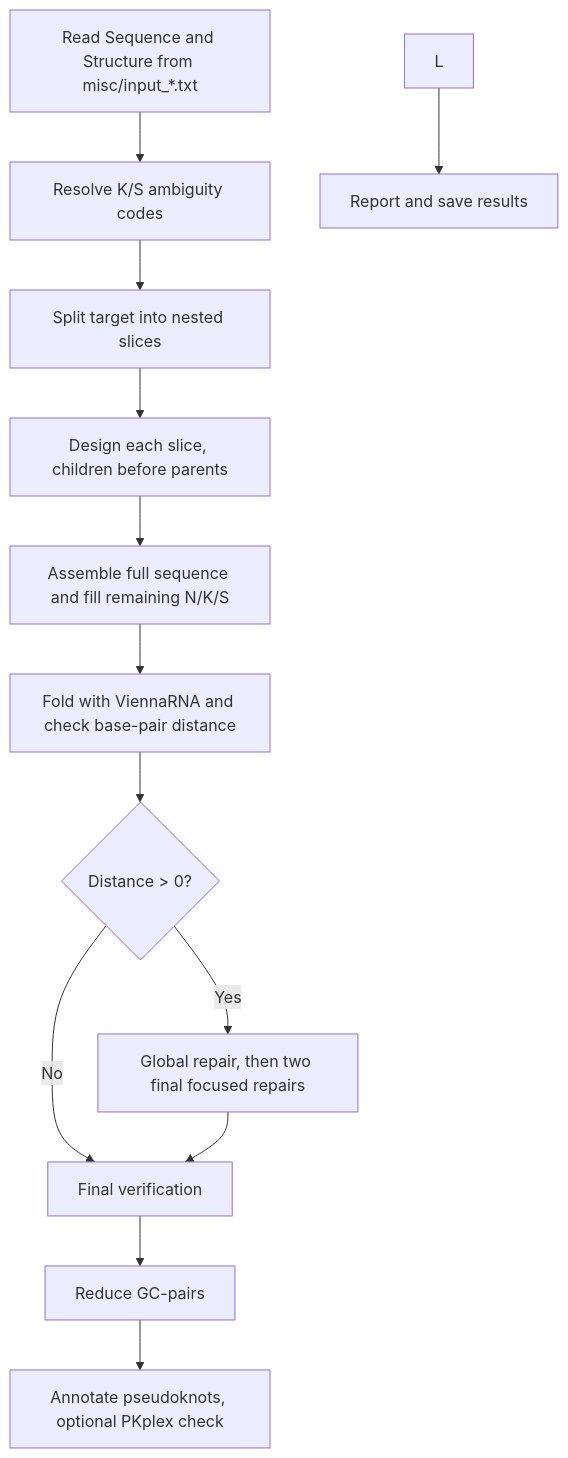
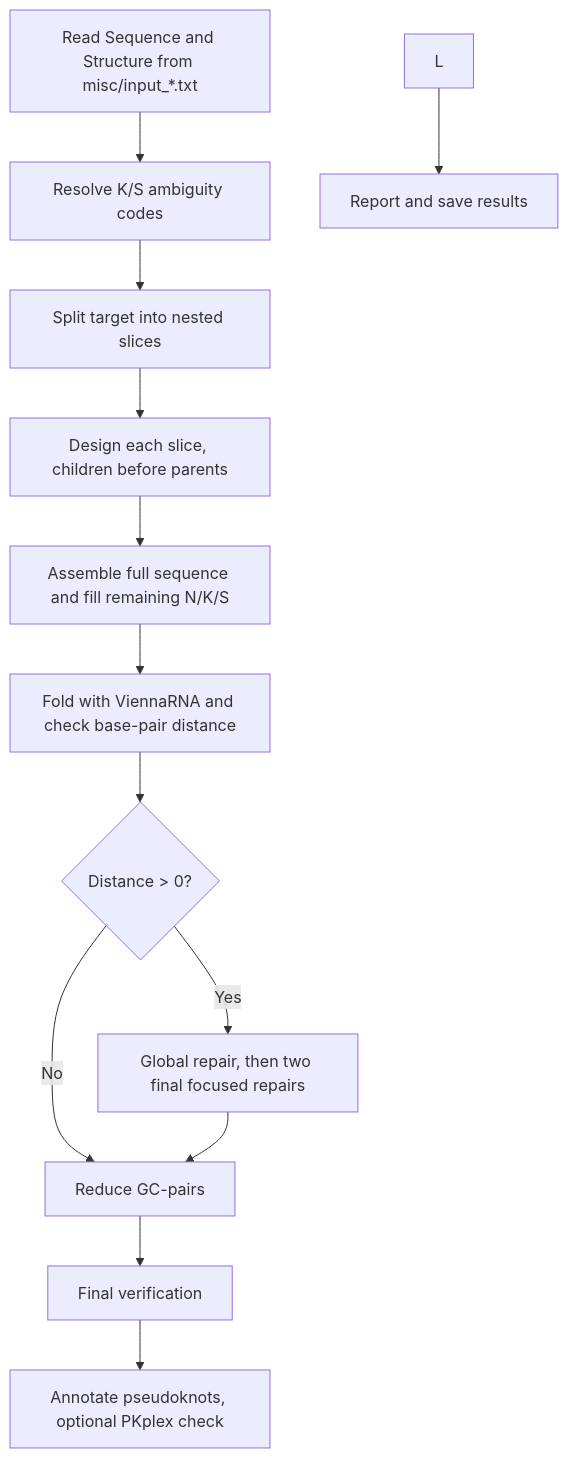
Before and after one commit to HenrikMengkrogen/Ribologic_iGEM_BACKUP: the first of 3 diagrams in README.md, drawn with Mermaid.

````diff
--- a/README.md
+++ b/README.md
@@ -36,15 +36,15 @@
 ```mermaid
 flowchart TD
     A[Read Sequence and Structure from misc/input_*.txt] --> B[Resolve K/S ambiguity codes]
     B --> C[Split target into nested slices]
     C --> D[Design each slice, children before parents]
     D --> E[Assemble full sequence and fill remaining N/K/S]
     E --> F[Fold with ViennaRNA and check base-pair distance]
     F --> G{Distance > 0?}
     G -- Yes --> H[Global repair, then two final focused repairs]
-    G -- No --> I[Final verification]
+    G -- No --> I[Reduce GC-pairs]
     H --> I
-    I --> J[Reduce GC-pairs]
+    I --> J[Final verification]
     J --> K[Annotate pseudoknots, optional PKplex check]
     L --> M[Report and save results]
 ```
````
